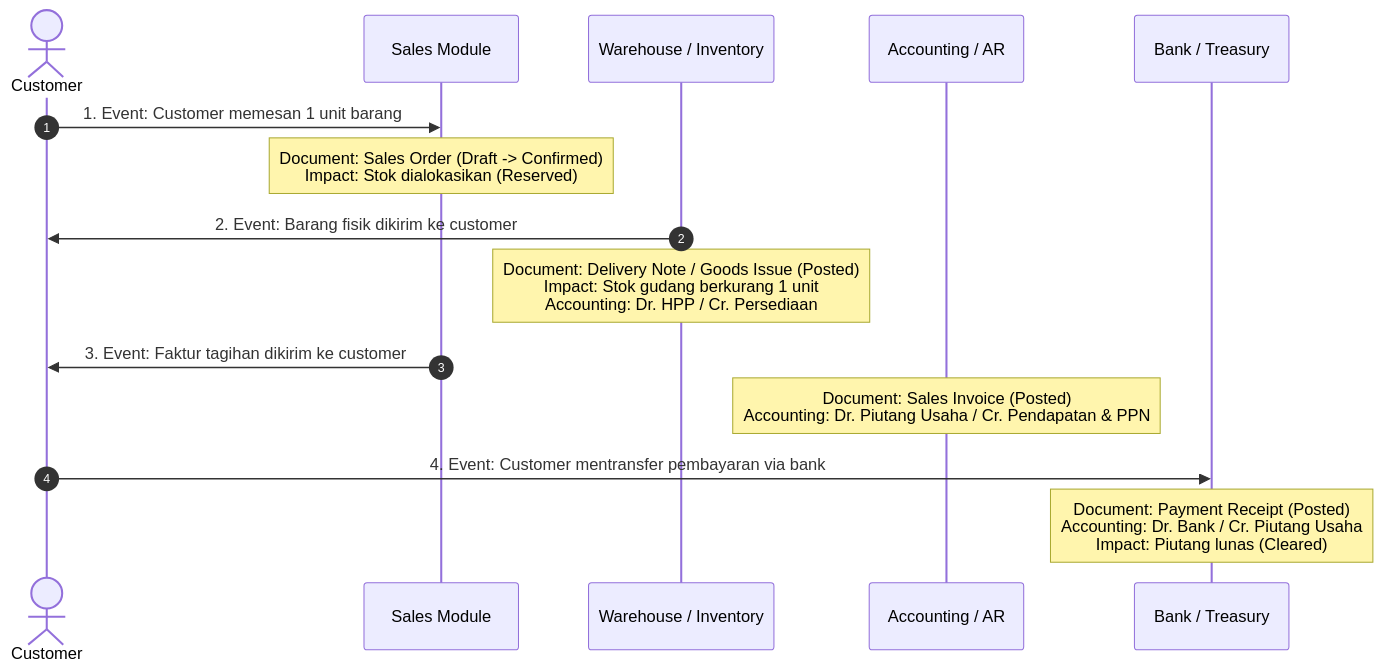
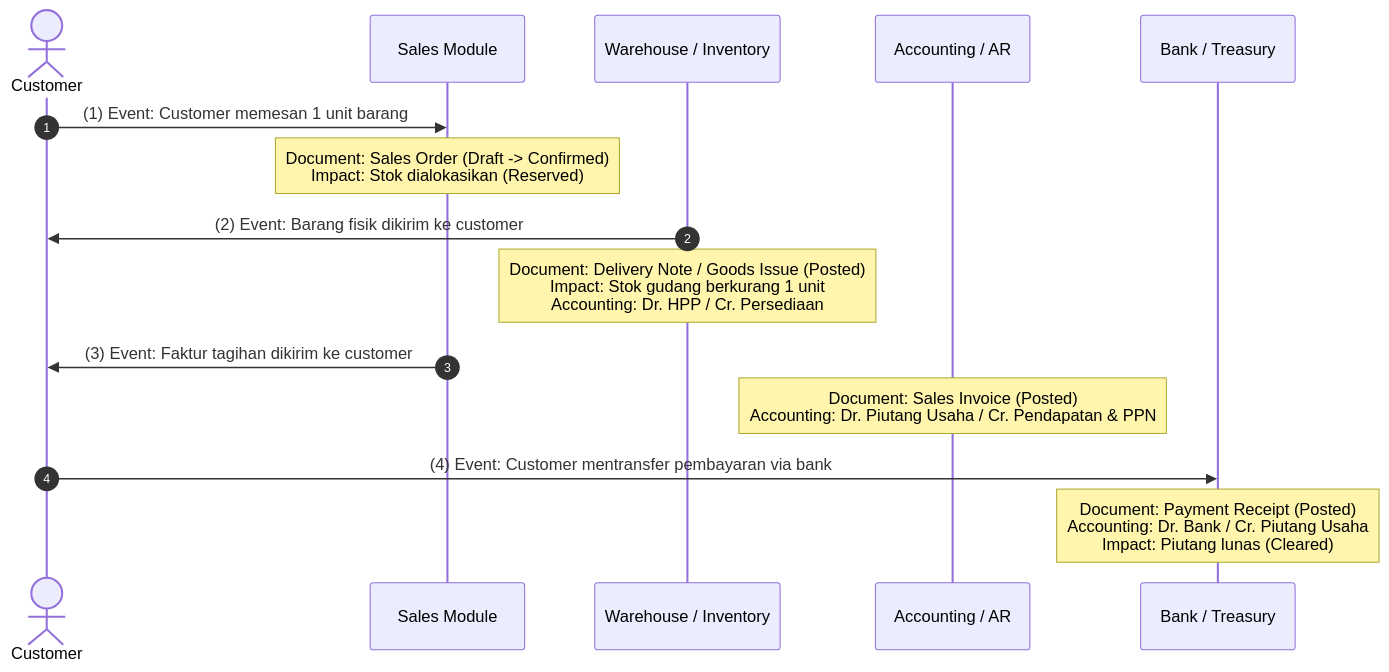
Before and after one commit to alimurrofid/erp-notes: the second of 2 diagrams in content/00-fundamentals/documents-transactions-events.md, drawn with Mermaid. The commit also changed other lines of this file and 132 other files, not shown here.

````diff
--- a/content/00-fundamentals/documents-transactions-events.md
+++ b/content/00-fundamentals/documents-transactions-events.md
@@ -50,21 +50,21 @@
 ```mermaid
 sequenceDiagram
     autonumber
     actor C as Customer
     participant S as Sales Module
     participant W as Warehouse / Inventory
     participant A as Accounting / AR
     participant B as Bank / Treasury
 
-    C->>S: 1. Event: Customer memesan 1 unit barang
+    C->>S: (1) Event: Customer memesan 1 unit barang
     Note over S: Document: Sales Order (Draft -> Confirmed)<br/>Impact: Stok dialokasikan (Reserved)
     
-    W->>C: 2. Event: Barang fisik dikirim ke customer
+    W->>C: (2) Event: Barang fisik dikirim ke customer
     Note over W: Document: Delivery Note / Goods Issue (Posted)<br/>Impact: Stok gudang berkurang 1 unit<br/>Accounting: Dr. HPP / Cr. Persediaan
     
-    S->>C: 3. Event: Faktur tagihan dikirim ke customer
+    S->>C: (3) Event: Faktur tagihan dikirim ke customer
     Note over A: Document: Sales Invoice (Posted)<br/>Accounting: Dr. Piutang Usaha / Cr. Pendapatan & PPN
     
-    C->>B: 4. Event: Customer mentransfer pembayaran via bank
+    C->>B: (4) Event: Customer mentransfer pembayaran via bank
     Note over B: Document: Payment Receipt (Posted)<br/>Accounting: Dr. Bank / Cr. Piutang Usaha<br/>Impact: Piutang lunas (Cleared)
 ```
````
